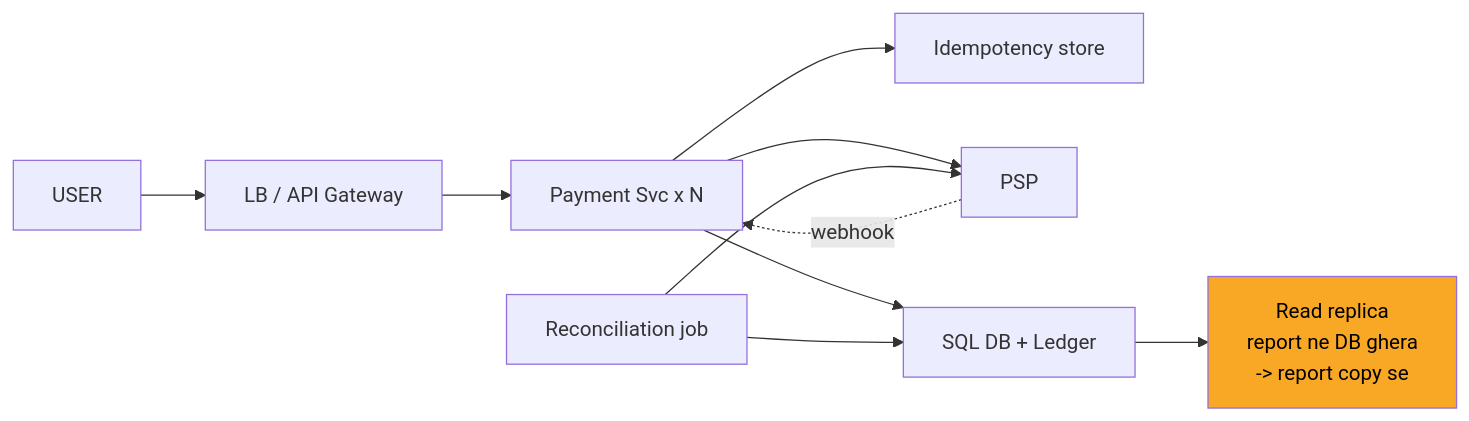
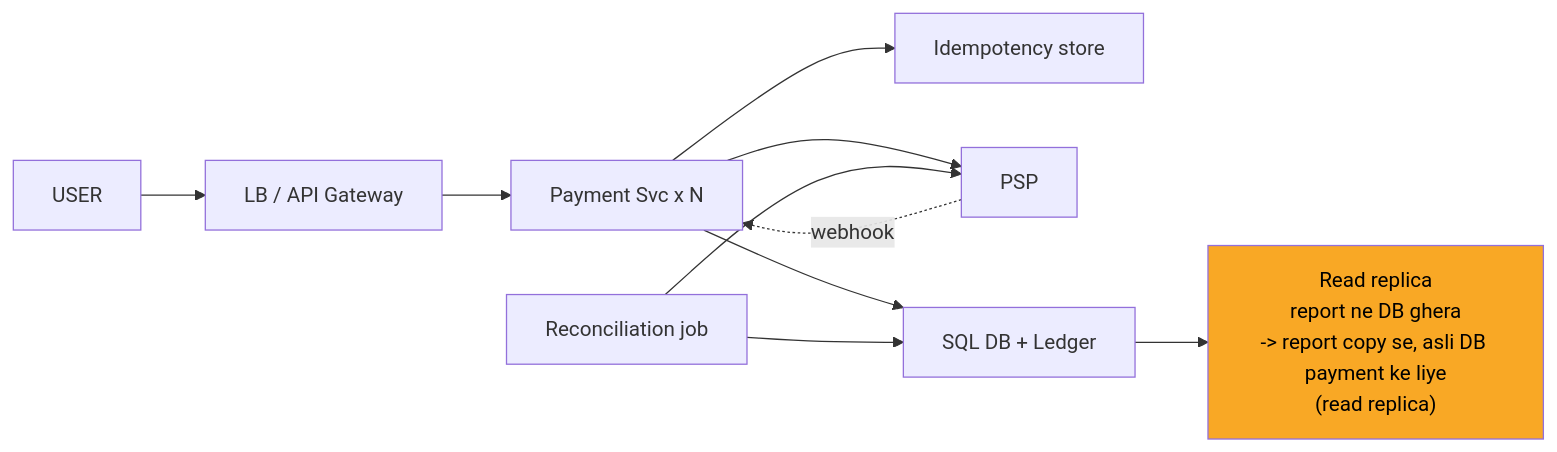
One commit to ArpanMaheshwari144/Prep changed the tenth of 12 diagrams in 04_HLD/SYSTEM_DESIGNS/06_payment_system/06_payment_system.md. Above: the diagram before and after it, drawn with Mermaid. The commit also changed other lines of this file and 13 other files, not shown here.

````diff
--- a/04_HLD/SYSTEM_DESIGNS/06_payment_system/06_payment_system.md
+++ b/04_HLD/SYSTEM_DESIGNS/06_payment_system/06_payment_system.md
@@ -373,21 +373,21 @@
 ```mermaid
 flowchart LR
     n_USER["USER"]
     n_LB_API_Gateway["LB / API Gateway"]
     n_Payment_Svc_xN["Payment Svc x N"]
     n_Idempotency_store["Idempotency store"]
     n_PSP["PSP"]
     n_DB["SQL DB + Ledger"]
-    n_Read_replica["Read replica<br/>report ne DB ghera<br/>-> report copy se"]
+    n_Read_replica["Read replica<br/>report ne DB ghera<br/>-> report copy se, asli DB payment ke liye<br/>(read replica)"]
     n_Reconciliation_job["Reconciliation job"]
     n_USER --> n_LB_API_Gateway
     n_LB_API_Gateway --> n_Payment_Svc_xN
     n_Payment_Svc_xN --> n_Idempotency_store
     n_Payment_Svc_xN --> n_PSP
     n_Payment_Svc_xN --> n_DB
     n_DB --> n_Read_replica
     n_Reconciliation_job --> n_DB
     n_Reconciliation_job --> n_PSP
     n_PSP -.-> |webhook| n_Payment_Svc_xN
     style n_Read_replica fill:#f9a825,color:#000
 ```
````
